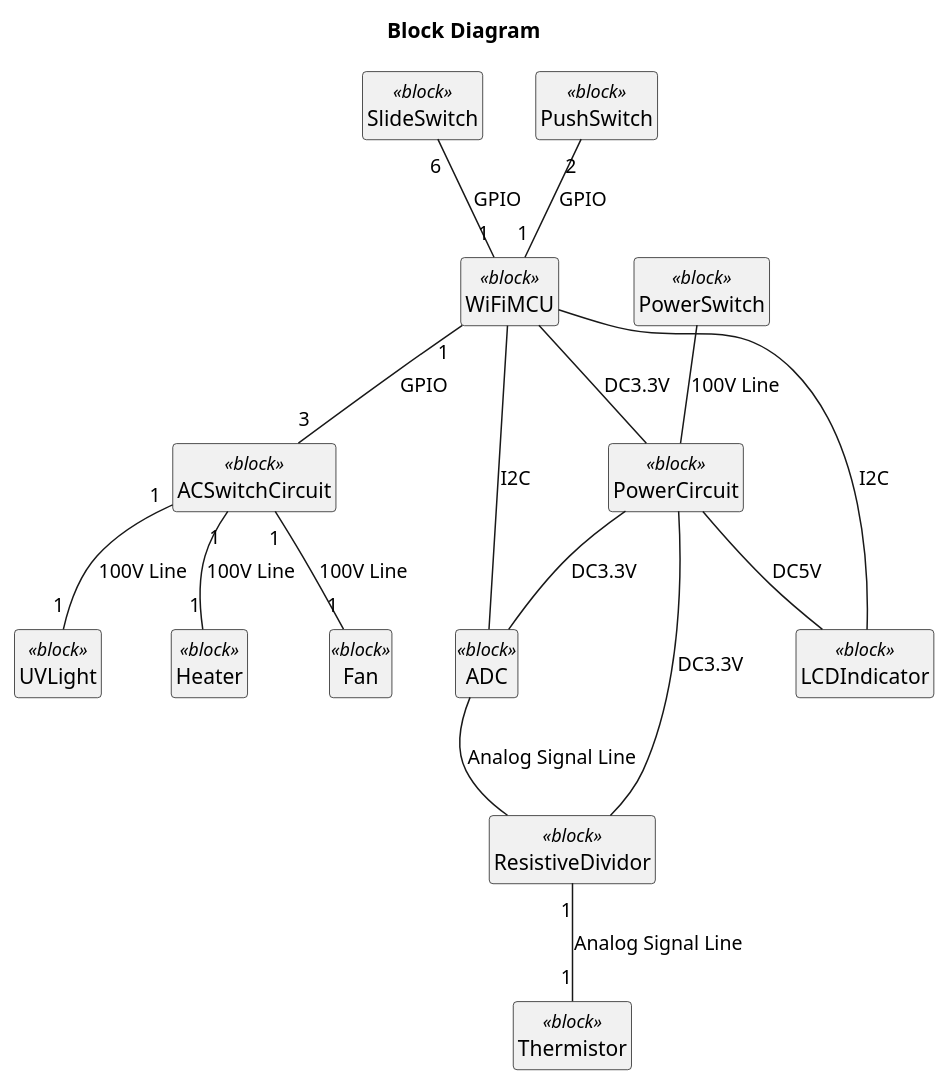
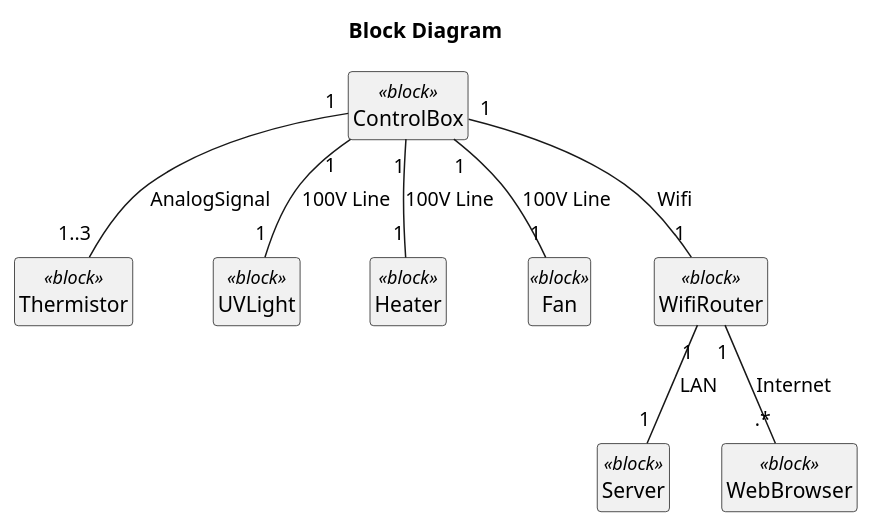
Before and after one commit to ShujiMikami/RenjiSystemProject: the diagram in RequirementsAndSpecs/BlockDiagram/BlockDiagram.plantuml, drawn with PlantUML.

Commit message:
BlockDiagramをシステム全体レベルで書き換え

```diff
--- a/RequirementsAndSpecs/BlockDiagram/BlockDiagram.plantuml
+++ b/RequirementsAndSpecs/BlockDiagram/BlockDiagram.plantuml
@@ -1,78 +1,48 @@
 @startuml
 
 title Block Diagram 
 
 hide circle
 hide method
 hide empty members
 
+class "ControlBox" as BlockControlBox <<block>>{
+}
 
-class "WiFiMCU" as BlockWiFiMCU  <<block>>{
-}
-class "ADC" as BlockADC <<block>>{
-}
-class "PowerCircuit" as BlockPowerCircuit <<block>>{
-}
-class "ACSwitchCircuit" as BlockACSwitchCircuit <<block>>{
-}
-class "LCDIndicator" as BlockLCDIndicator <<block>>{
-}
-class "ResistiveDividor" as BlockResistiveDividor <<block>>{
-}
 class "Thermistor" as BlockThermistor <<block>>{
 }
 class "UVLight" as BlockUVLight <<block>>{
 }
 class "Heater" as BlockHeater <<block>>{
 }
 class "Fan" as BlockFan <<block>>{
 }
-class "SlideSwitch" as BlockSlideSwitch <<block>>{
+
+class "Server" as BlockServer <<block>>{
 }
-class "PushSwitch" as BlockPushSwitch <<block>>{
+class "WebBrowser" as BlockWebBrowser <<block>>{
 }
-class "PowerSwitch" as BlockPowerSwitch <<block>>{
+class "WifiRouter" as BlockWifiRouter <<block>>{
 }
 
-'WifiMCUとADCはI2Cで接続
-BlockWiFiMCU -- BlockADC : I2C
+'ControlBoxに, UVLightを接続
+BlockControlBox "1"--"1" BlockUVLight : 100V Line
 
-'WifiMCUには3.3Vを供給
-BlockWiFiMCU -- BlockPowerCircuit : DC3.3V
+'ControlBoxに, Heaterを接続
+BlockControlBox "1"--"1" BlockHeater : 100V Line
 
-BlockWiFiMCU "1"--"3" BlockACSwitchCircuit : GPIO
+'ControlBoxに, Fanを接続
+BlockControlBox "1"--"1" BlockFan : 100V Line
 
-'WifiMCUとLCDはI2Cで接続
-BlockWiFiMCU -- BlockLCDIndicator : I2C
+'ControlBoxに, Thermistorを接続
+BlockControlBox "1"--"1..3" BlockThermistor : AnalogSignal
 
-'LCDには5Vを供給
-BlockPowerCircuit -- BlockLCDIndicator : DC5V
+'ControlBoxは, RouterとWifi接続
+BlockControlBox "1"--"1" BlockWifiRouter : Wifi
 
-'ResistiveDividorには3.3Vを供給
-BlockPowerCircuit -- BlockResistiveDividor : DC3.3V
+'RouterとServerはLANで接続
+BlockWifiRouter "1"--"1" BlockServer : LAN
 
-'ADCには3.3Vを供給
-BlockPowerCircuit -- BlockADC : DC3.3V
-
-'ADCに, ResistiveDividorの入力をキャプチャさせる
-BlockADC -- BlockResistiveDividor : Analog Signal Line
-
-'ResistiveDividorに, サーミスタを接続
-BlockResistiveDividor "1"--"1" BlockThermistor : Analog Signal Line
-
-'ACSwitchCircuitに, UVLightを接続
-BlockACSwitchCircuit "1"--"1" BlockUVLight : 100V Line
-
-'ACSwitchCircuitに, Heaterを接続
-BlockACSwitchCircuit "1"--"1" BlockHeater : 100V Line
-
-'ACSwitchCircuitに, Fanを接続
-BlockACSwitchCircuit "1"--"1" BlockFan : 100V Line
-
-'Slideスイッチ, PushSwitchはMCUに接続
-BlockSlideSwitch "6" -- "1" BlockWiFiMCU : GPIO
-BlockPushSwitch "2" -- "1" BlockWiFiMCU : GPIO
-
-'PowerSwitchは, PowerCircuitに接続'
-BlockPowerSwitch -- BlockPowerCircuit : 100V Line
+'RouterとWebBrowserはInternetで接続
+BlockWifiRouter "1"--".*" BlockWebBrowser : Internet
 @enduml
```
